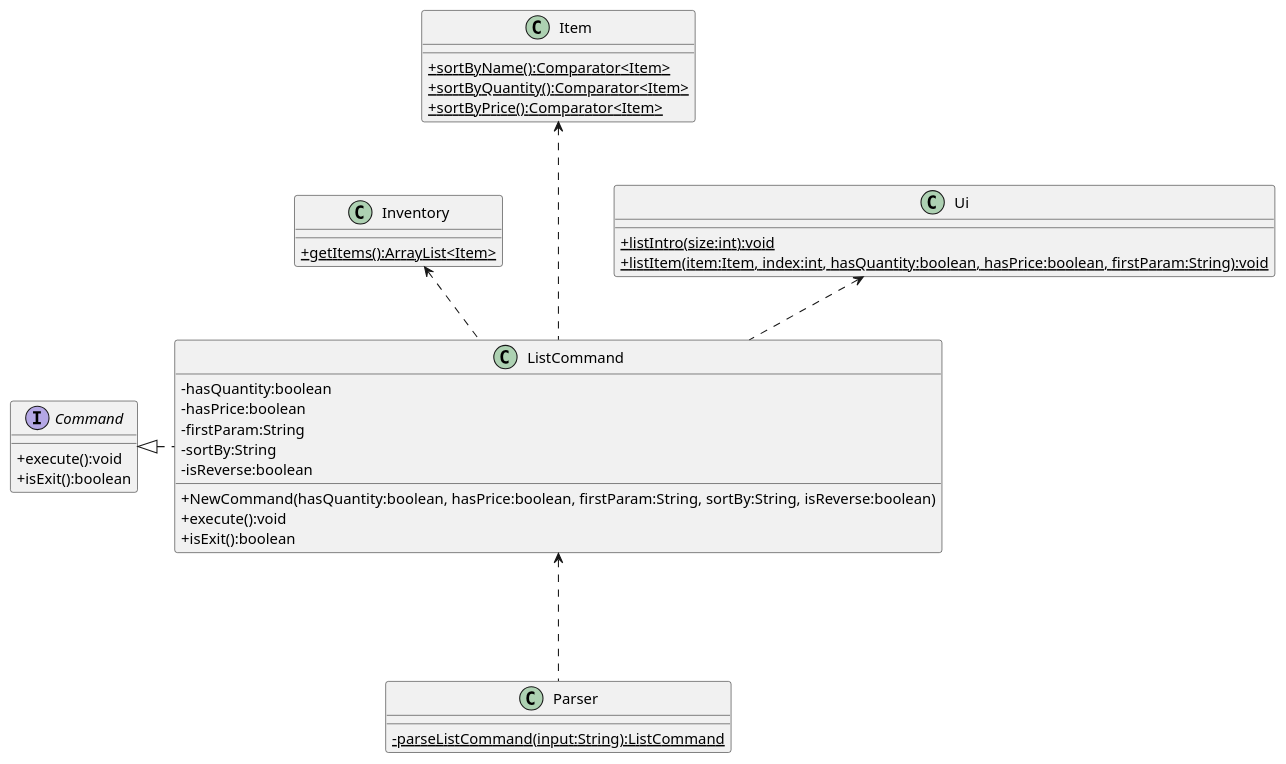
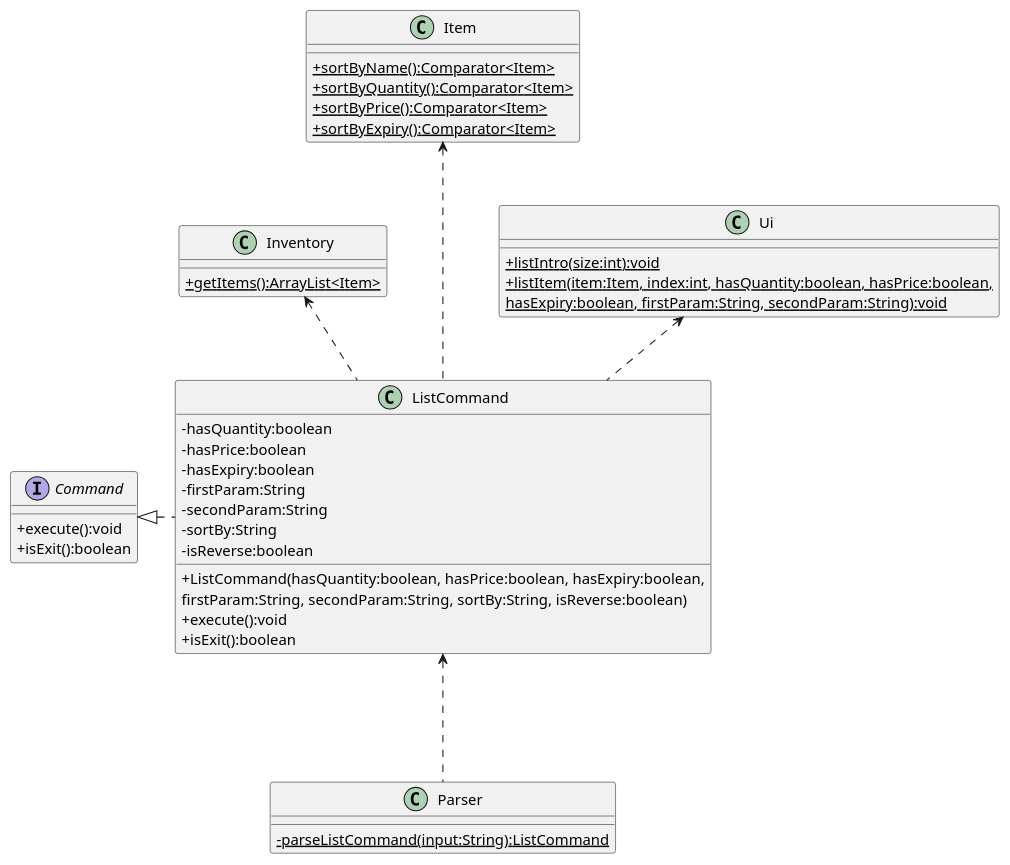
The first of 2 diagrams in docs/uml-diagrams/ListCommand.puml (rismm/tp), drawn with PlantUML before and after one commit. The commit also changed other lines of this file and 7 other files, not shown here.

Commit message:
Add DeleteCommand UML and edit ListCommand, NewCommand UML

```diff
--- a/docs/uml-diagrams/ListCommand.puml
+++ b/docs/uml-diagrams/ListCommand.puml
@@ -1,51 +1,56 @@
 @startuml
 skinparam classAttributeIconSize 0
 
 abstract class Command
 class Inventory
 class Item
 class ListCommand
 class Parser
 class Ui
 
 Command <|. ListCommand
 Item <... ListCommand
 Ui <.. ListCommand
 Inventory <.. ListCommand
 ListCommand <... Parser
 
 interface Command {
     +execute():void
     +isExit():boolean
 }
 
 class ListCommand {
     -hasQuantity:boolean
     -hasPrice:boolean
+    -hasExpiry:boolean
     -firstParam:String
+    -secondParam:String
     -sortBy:String
     -isReverse:boolean
-    +NewCommand(hasQuantity:boolean, hasPrice:boolean, firstParam:String, sortBy:String, isReverse:boolean)
+    +ListCommand(hasQuantity:boolean, hasPrice:boolean, hasExpiry:boolean,
+    firstParam:String, secondParam:String, sortBy:String, isReverse:boolean)
     +execute():void
     +isExit():boolean
 }
 
 class Item {
     {static}+sortByName():Comparator<Item>
     {static}+sortByQuantity():Comparator<Item>
     {static}+sortByPrice():Comparator<Item>
+    {static}+sortByExpiry():Comparator<Item>
 }
 
 class Inventory {
     {static}+getItems():ArrayList<Item>
 }
 
 class Ui {
-    {static}+listIntro(size:int):void
-    {static}+listItem(item:Item, index:int, hasQuantity:boolean, hasPrice:boolean, firstParam:String):void
+     {static}+listIntro(size:int):void
+    {static}+listItem(item:Item, index:int, hasQuantity:boolean, hasPrice:boolean,
+    {static}hasExpiry:boolean, firstParam:String, secondParam:String):void
 }
 
 class Parser {
     {static}-parseListCommand(input:String):ListCommand
 }
 @enduml
```
